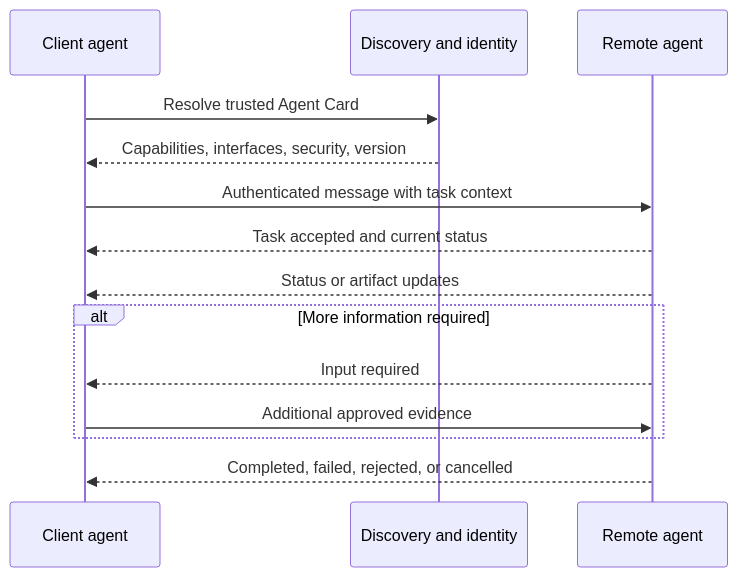
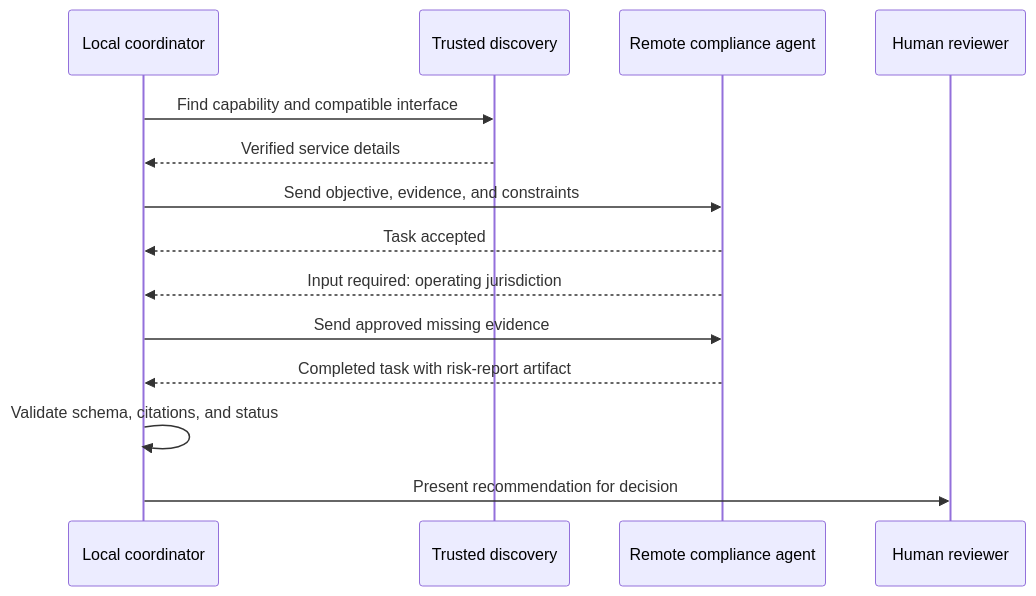
One commit to senlinyy/dev-roadmaps changed the first of 4 diagrams in roadmaps/mlops/modules/llmops/tools-and-protocols/03-agent-interop.md. Above: the diagram before and after it, drawn with Mermaid. The commit also changed other lines of this file and 198 other files, not shown here.

````diff
--- a/roadmaps/mlops/modules/llmops/tools-and-protocols/03-agent-interop.md
+++ b/roadmaps/mlops/modules/llmops/tools-and-protocols/03-agent-interop.md
@@ -51,16 +43,16 @@
 ```mermaid
 sequenceDiagram
-    participant C as Client agent
-    participant D as Discovery and identity
-    participant R as Remote agent
-    C->>D: Resolve trusted Agent Card
-    D-->>C: Capabilities, interfaces, security, version
-    C->>R: Authenticated message with task context
-    R-->>C: Task accepted and current status
-    R-->>C: Status or artifact updates
-    alt More information required
-        R-->>C: Input required
-        C->>R: Additional approved evidence
-    end
-    R-->>C: Completed, failed, rejected, or cancelled
+    participant C as Local coordinator
+    participant D as Trusted discovery
+    participant R as Remote compliance agent
+    participant H as Human reviewer
+    C->>D: Find capability and compatible interface
+    D-->>C: Verified service details
+    C->>R: Send objective, evidence, and constraints
+    R-->>C: Task accepted
+    R-->>C: Input required: operating jurisdiction
+    C->>R: Send approved missing evidence
+    R-->>C: Completed task with risk-report artifact
+    C->>C: Validate schema, citations, and status
+    C->>H: Present recommendation for decision
 ```
````
